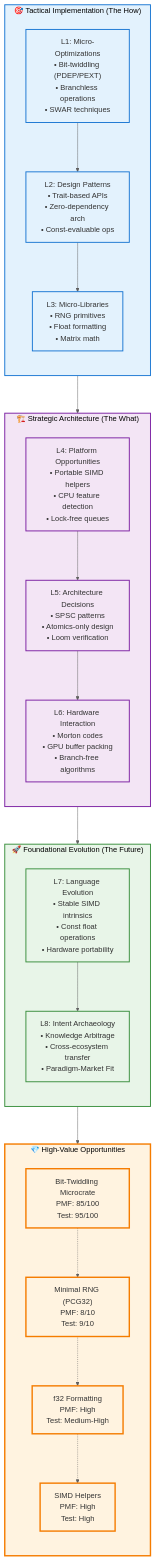
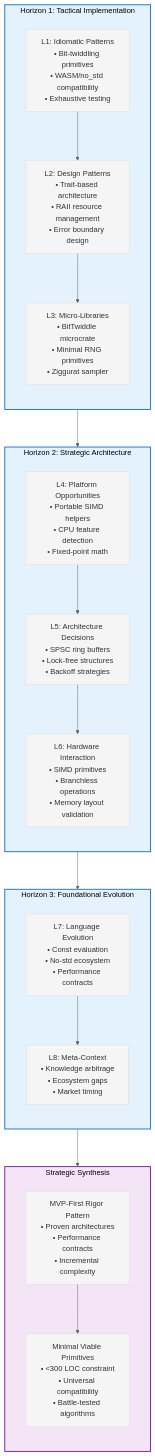
One commit to that-in-rust/pensieve-local-llm-server changed the diagram in gringotts/WorkArea/INGEST_20250930104957_300_8.md. Above: the diagram before and after it, drawn with Mermaid. The commit also changed other lines of this file and 5 other files, not shown here.

````diff
--- a/gringotts/WorkArea/INGEST_20250930104957_300_8.md
+++ b/gringotts/WorkArea/INGEST_20250930104957_300_8.md
@@ -108,75 +102,61 @@
 ```mermaid
 %%{init: {
   "theme": "base",
   "themeVariables": {
     "primaryColor": "#F5F5F5",
     "secondaryColor": "#E0E0E0",
     "lineColor": "#616161",
     "textColor": "#212121",
     "fontSize": "16px",
     "fontFamily": "Helvetica, Arial, sans-serif"
   },
   "flowchart": {
     "nodeSpacing": 70,
     "rankSpacing": 80,
     "wrappingWidth": 160,
     "curve": "basis"
   },
   "useMaxWidth": false
 }}%%
 
 flowchart TD
-    subgraph H1 ["🎯 Tactical Implementation (The How)"]
+    subgraph H1["Horizon 1: Tactical Implementation"]
         direction TB
-        L1["L1: Micro-Optimizations<br/>• Bit-twiddling (PDEP/PEXT)<br/>• Branchless operations<br/>• SWAR techniques"]
-        L2["L2: Design Patterns<br/>• Trait-based APIs<br/>• Zero-dependency arch<br/>• Const-evaluable ops"]
-        L3["L3: Micro-Libraries<br/>• RNG primitives<br/>• Float formatting<br/>• Matrix math"]
-        
-        L1 --> L2
-        L2 --> L3
+        L1["L1: Idiomatic Patterns<br/>• Bit-twiddling primitives<br/>• WASM/no_std compatibility<br/>• Exhaustive testing"]
+        L2["L2: Design Patterns<br/>• Trait-based architecture<br/>• RAII resource management<br/>• Error boundary design"]
+        L3["L3: Micro-Libraries<br/>• BitTwiddle microcrate<br/>• Minimal RNG primitives<br/>• Ziggurat sampler"]
+        L1 --> L2 --> L3
     end
     
-    subgraph H2 ["🏗️ Strategic Architecture (The What)"]
+    subgraph H2["Horizon 2: Strategic Architecture"]
         direction TB
-        L4["L4: Platform Opportunities<br/>• Portable SIMD helpers<br/>• CPU feature detection<br/>• Lock-free queues"]
-        L5["L5: Architecture Decisions<br/>• SPSC patterns<br/>• Atomics-only design<br/>• Loom verification"]
-        L6["L6: Hardware Interaction<br/>• Morton codes<br/>• GPU buffer packing<br/>• Branch-free algorithms"]
-        
-        L4 --> L5
-        L5 --> L6
+        L4["L4: Platform Opportunities<br/>• Portable SIMD helpers<br/>• CPU feature detection<br/>• Fixed-point math"]
+        L5["L5: Architecture Decisions<br/>• SPSC ring buffers<br/>• Lock-free structures<br/>• Backoff strategies"]
+        L6["L6: Hardware Interaction<br/>• SIMD primitives<br/>• Branchless operations<br/>• Memory layout validation"]
+        L4 --> L5 --> L6
     end
     
-    subgraph H3 ["🚀 Foundational Evolution (The Future)"]
+    subgraph H3["Horizon 3: Foundational Evolution"]
         direction TB
-        L7["L7: Language Evolution<br/>• Stable SIMD intrinsics<br/>• Const float operations<br/>• Hardware portability"]
-        L8["L8: Intent Archaeology<br/>• Knowledge Arbitrage<br/>• Cross-ecosystem transfer<br/>• Paradigm-Market Fit"]
-        
+        L7["L7: Language Evolution<br/>• Const evaluation<br/>• No-std ecosystem<br/>• Performance contracts"]
+        L8["L8: Meta-Context<br/>• Knowledge arbitrage<br/>• Ecosystem gaps<br/>• Market timing"]
         L7 --> L8
     end
     
-    subgraph OPPS ["💎 High-Value Opportunities"]
+    H1 --> H2 --> H3
+    
+    subgraph SYNTHESIS["Strategic Synthesis"]
         direction TB
-        BIT["Bit-Twiddling Microcrate<br/>PMF: 85/100<br/>Test: 95/100"]
-        RNG["Minimal RNG (PCG32)<br/>PMF: 8/10<br/>Test: 9/10"]
-        FLOAT["f32 Formatting<br/>PMF: High<br/>Test: Medium-High"]
-        SIMD["SIMD Helpers<br/>PMF: High<br/>Test: High"]
-        
-        BIT -.-> RNG
-        RNG -.-> FLOAT
-        FLOAT -.-> SIMD
+        MVP["MVP-First Rigor Pattern<br/>• Proven architectures<br/>• Performance contracts<br/>• Incremental complexity"]
+        PATTERN["Minimal Viable Primitives<br/>• <300 LOC constraint<br/>• Universal compatibility<br/>• Battle-tested algorithms"]
+        MVP --> PATTERN
     end
     
-    H1 --> H2
-    H2 --> H3
-    H3 --> OPPS
+    H3 --> SYNTHESIS
     
-    classDef horizon1 fill:#E3F2FD,stroke:#1976D2,stroke-width:2px
-    classDef horizon2 fill:#F3E5F5,stroke:#7B1FA2,stroke-width:2px  
-    classDef horizon3 fill:#E8F5E8,stroke:#388E3C,stroke-width:2px
-    classDef opportunity fill:#FFF3E0,stroke:#F57C00,stroke-width:3px
+    classDef horizonStyle fill:#E3F2FD,stroke:#1976D2,stroke-width:2px
+    classDef synthesisStyle fill:#F3E5F5,stroke:#7B1FA2,stroke-width:2px
     
-    class H1,L1,L2,L3 horizon1
-    class H2,L4,L5,L6 horizon2
-    class H3,L7,L8 horizon3
-    class OPPS,BIT,RNG,FLOAT,SIMD opportunity
+    class H1,H2,H3 horizonStyle
+    class SYNTHESIS synthesisStyle
 ```
````
